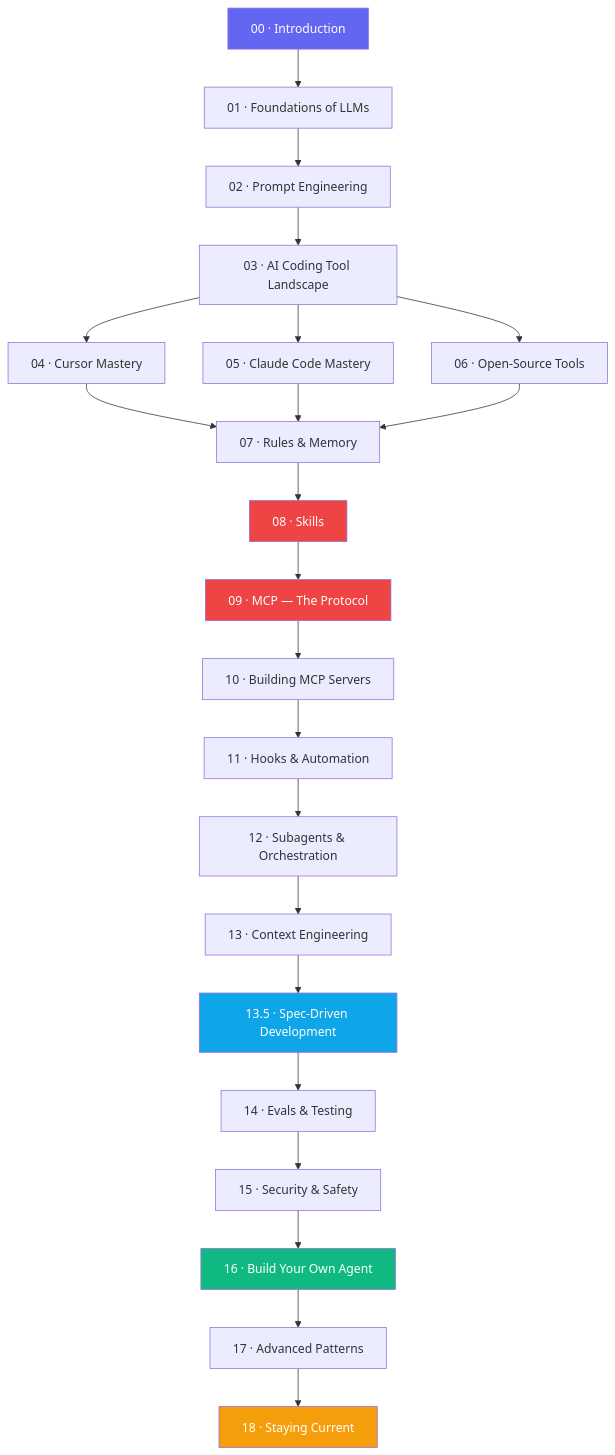
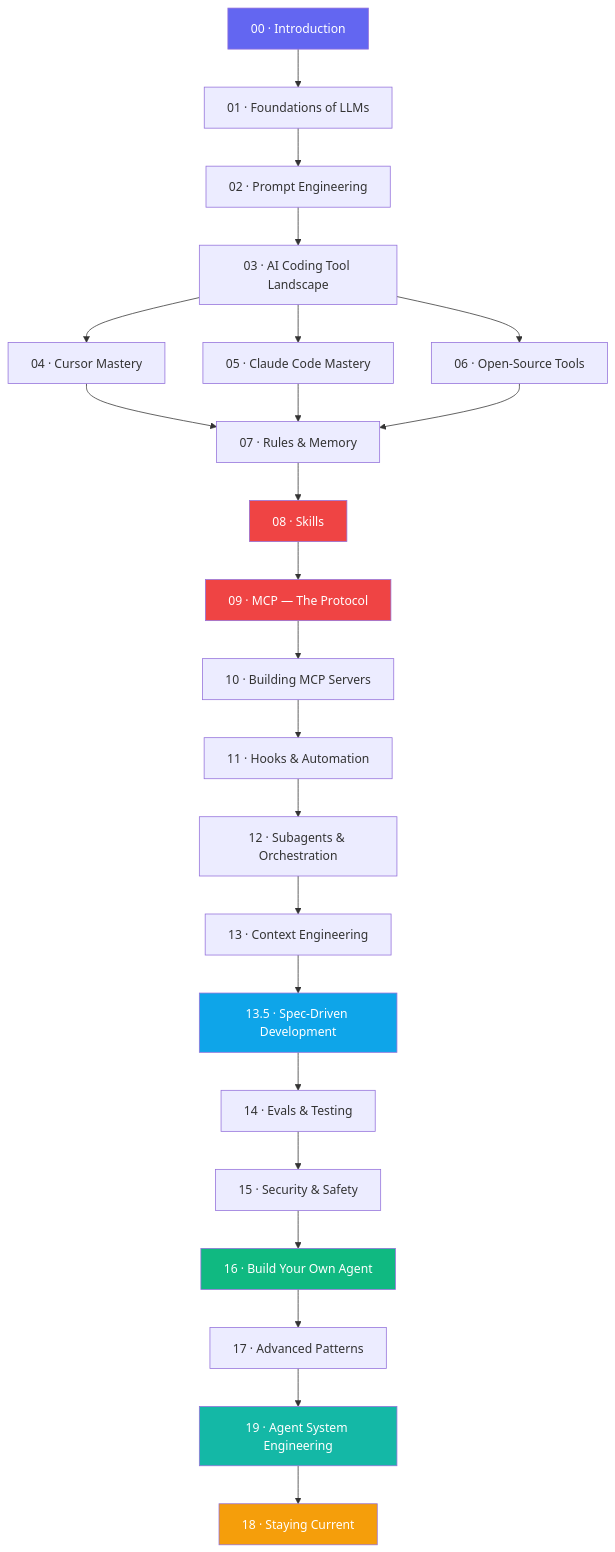
The diagram in README.md (Isfhan/learn-agentic-coding), drawn with Mermaid before and after one commit. The commit also changed other lines of this file and 21 other files, not shown here.

First line of the commit message:
docs: add step 19 and update roadmap documentation

````diff
--- a/README.md
+++ b/README.md
@@ -36,31 +36,33 @@
 ```mermaid
 flowchart TD
     A[00 · Introduction] --> B[01 · Foundations of LLMs]
     B --> C[02 · Prompt Engineering]
     C --> D[03 · AI Coding Tool Landscape]
     D --> E1[04 · Cursor Mastery]
     D --> E2[05 · Claude Code Mastery]
     D --> E3[06 · Open-Source Tools]
     E1 --> F[07 · Rules & Memory]
     E2 --> F
     E3 --> F
     F --> G[08 · Skills]
     G --> H[09 · MCP — The Protocol]
     H --> I[10 · Building MCP Servers]
     I --> J[11 · Hooks & Automation]
     J --> K[12 · Subagents & Orchestration]
     K --> L[13 · Context Engineering]
     L --> L2[13.5 · Spec-Driven Development]
     L2 --> M[14 · Evals & Testing]
     M --> N[15 · Security & Safety]
     N --> O[16 · Build Your Own Agent]
     O --> P[17 · Advanced Patterns]
-    P --> Q[18 · Staying Current]
+    P --> R[19 · Agent System Engineering]
+    R --> Q[18 · Staying Current]
 
     style A fill:#6366f1,color:#fff
     style H fill:#ef4444,color:#fff
     style G fill:#ef4444,color:#fff
     style L2 fill:#0ea5e9,color:#fff
     style O fill:#10b981,color:#fff
     style Q fill:#f59e0b,color:#fff
+    style R fill:#14b8a6,color:#fff
 ```
````
